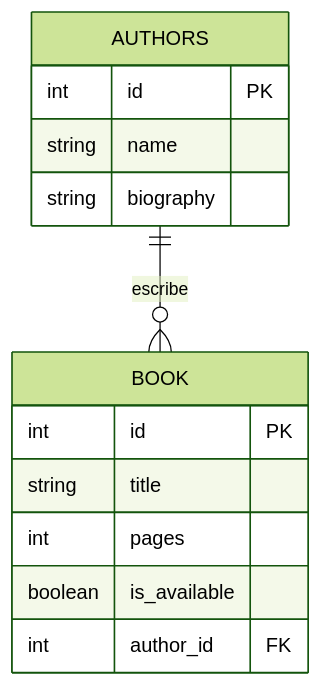
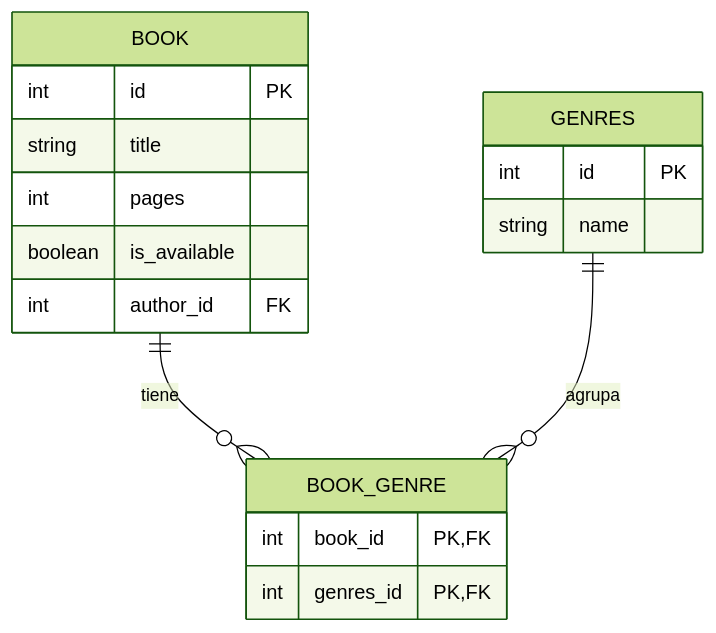
The second of 2 diagrams in README.md (BC-Contents/fastapi-api), drawn with Mermaid (forest theme) before and after one commit. The commit also changed other lines of this file and 14 other files, not shown here.

````diff
--- a/README.md
+++ b/README.md
@@ -283,16 +284,20 @@
 ```mermaid
 erDiagram
-    AUTHORS ||--o{ BOOK : escribe
-    AUTHORS {
-        int id PK
-        string name
-        string biography
-    }
+    BOOK ||--o{ BOOK_GENRE : "tiene"
+    GENRES ||--o{ BOOK_GENRE : "agrupa"
     BOOK {
         int id PK
         string title
         int pages
         boolean is_available
         int author_id FK
     }
+    GENRES {
+        int id PK
+        string name
+    }
+    BOOK_GENRE {
+        int book_id PK,FK
+        int genres_id PK,FK
+    }
 ```
````
